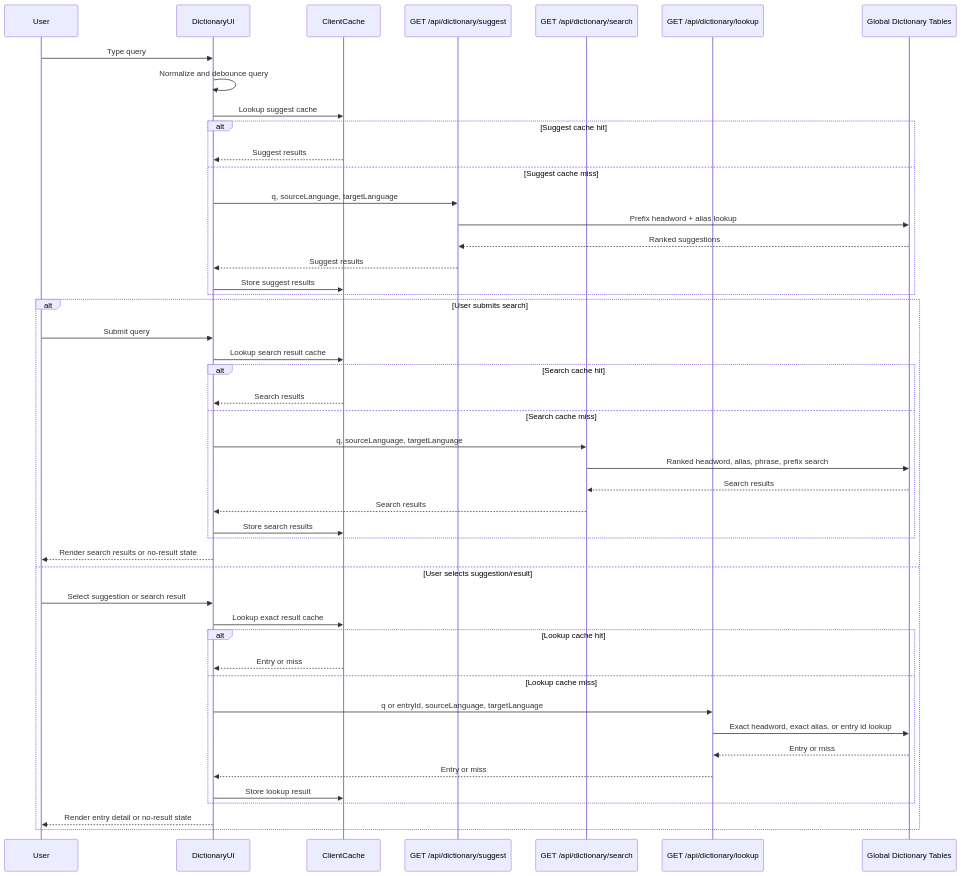
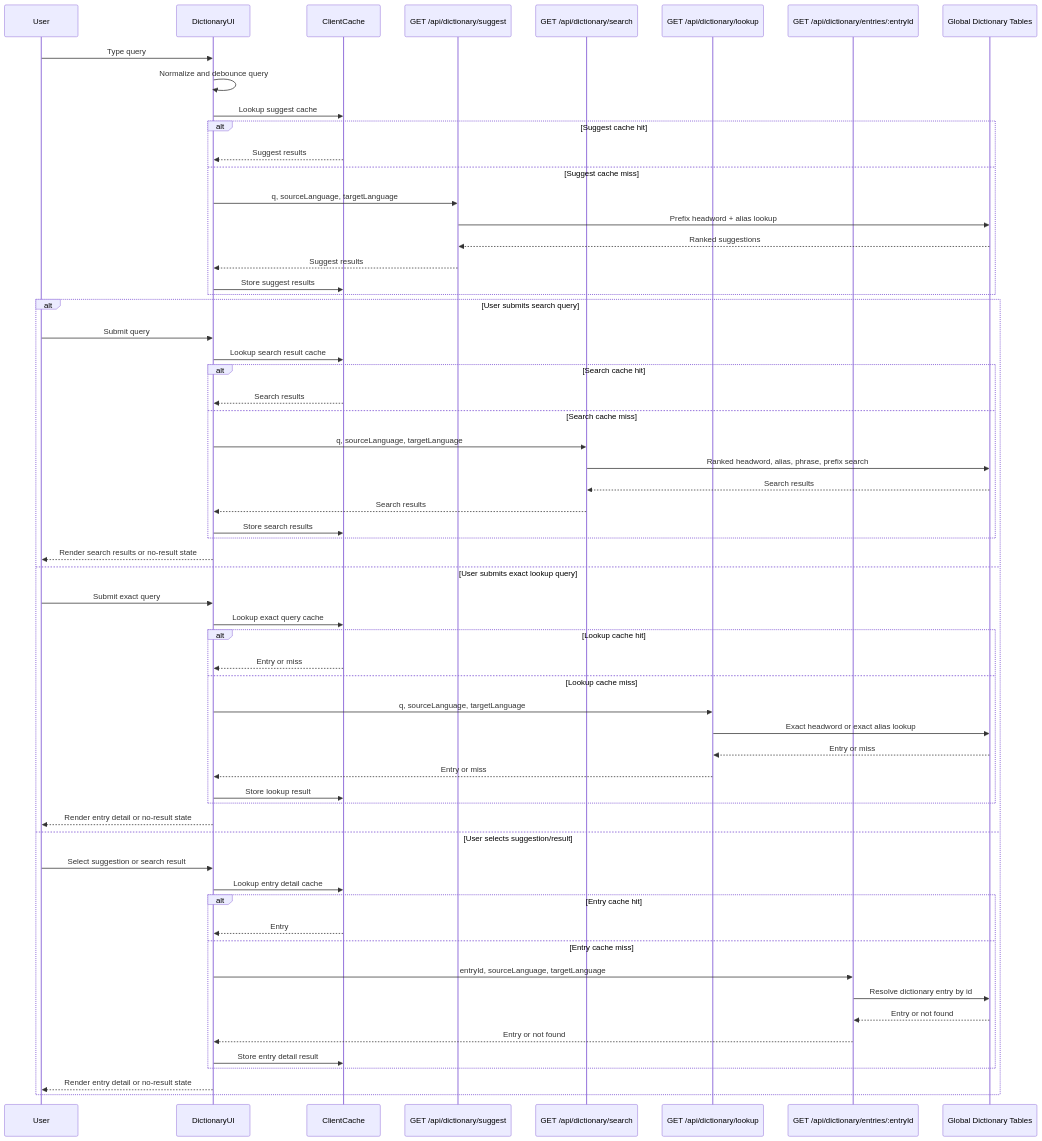
Before and after one commit to BoneTheDeveloper/ReadingPro: the diagram in docs/API/dictionary-flow.md, drawn with Mermaid. The commit also changed other lines of this file and 17 other files, not shown here.

Commit message:
update the dictionary flow

````diff
--- a/docs/API/dictionary-flow.md
+++ b/docs/API/dictionary-flow.md
@@ -32,51 +33,65 @@
 ```mermaid
 sequenceDiagram
     participant User
     participant DictionaryUI
     participant ClientCache
     participant SuggestAPI as GET /api/dictionary/suggest
     participant SearchAPI as GET /api/dictionary/search
     participant LookupAPI as GET /api/dictionary/lookup
+    participant EntryAPI as GET /api/dictionary/entries/:entryId
     participant DB as Global Dictionary Tables
 
     User->>DictionaryUI: Type query
     DictionaryUI->>DictionaryUI: Normalize and debounce query
     DictionaryUI->>ClientCache: Lookup suggest cache
     alt Suggest cache hit
         ClientCache-->>DictionaryUI: Suggest results
     else Suggest cache miss
         DictionaryUI->>SuggestAPI: q, sourceLanguage, targetLanguage
         SuggestAPI->>DB: Prefix headword + alias lookup
         DB-->>SuggestAPI: Ranked suggestions
         SuggestAPI-->>DictionaryUI: Suggest results
         DictionaryUI->>ClientCache: Store suggest results
     end
 
-    alt User submits search
+    alt User submits search query
         User->>DictionaryUI: Submit query
         DictionaryUI->>ClientCache: Lookup search result cache
         alt Search cache hit
             ClientCache-->>DictionaryUI: Search results
         else Search cache miss
             DictionaryUI->>SearchAPI: q, sourceLanguage, targetLanguage
             SearchAPI->>DB: Ranked headword, alias, phrase, prefix search
             DB-->>SearchAPI: Search results
             SearchAPI-->>DictionaryUI: Search results
             DictionaryUI->>ClientCache: Store search results
         end
         DictionaryUI-->>User: Render search results or no-result state
-    else User selects suggestion/result
-        User->>DictionaryUI: Select suggestion or search result
-        DictionaryUI->>ClientCache: Lookup exact result cache
+    else User submits exact lookup query
+        User->>DictionaryUI: Submit exact query
+        DictionaryUI->>ClientCache: Lookup exact query cache
         alt Lookup cache hit
             ClientCache-->>DictionaryUI: Entry or miss
         else Lookup cache miss
-            DictionaryUI->>LookupAPI: q or entryId, sourceLanguage, targetLanguage
-            LookupAPI->>DB: Exact headword, exact alias, or entry id lookup
+            DictionaryUI->>LookupAPI: q, sourceLanguage, targetLanguage
+            LookupAPI->>DB: Exact headword or exact alias lookup
             DB-->>LookupAPI: Entry or miss
             LookupAPI-->>DictionaryUI: Entry or miss
             DictionaryUI->>ClientCache: Store lookup result
         end
         DictionaryUI-->>User: Render entry detail or no-result state
+    else User selects suggestion/result
+        User->>DictionaryUI: Select suggestion or search result
+        DictionaryUI->>ClientCache: Lookup entry detail cache
+        alt Entry cache hit
+            ClientCache-->>DictionaryUI: Entry
+        else Entry cache miss
+            DictionaryUI->>EntryAPI: entryId, sourceLanguage, targetLanguage
+            EntryAPI->>DB: Resolve dictionary entry by id
+            DB-->>EntryAPI: Entry or not found
+            EntryAPI-->>DictionaryUI: Entry or not found
+            DictionaryUI->>ClientCache: Store entry detail result
+        end
+        DictionaryUI-->>User: Render entry detail or no-result state
     end
 ```
````
